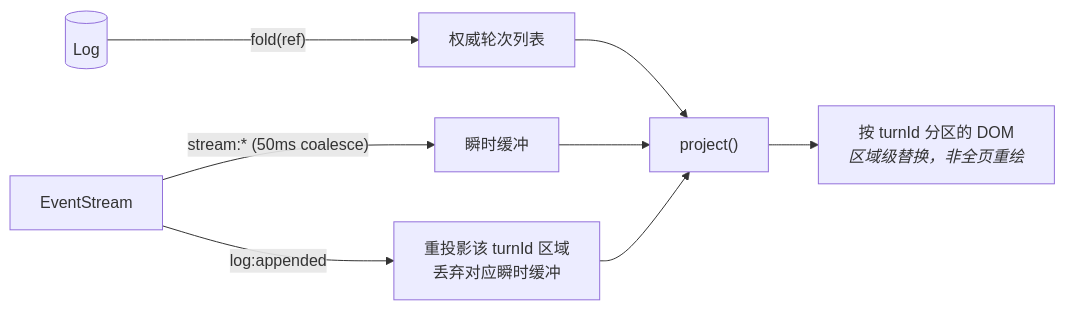
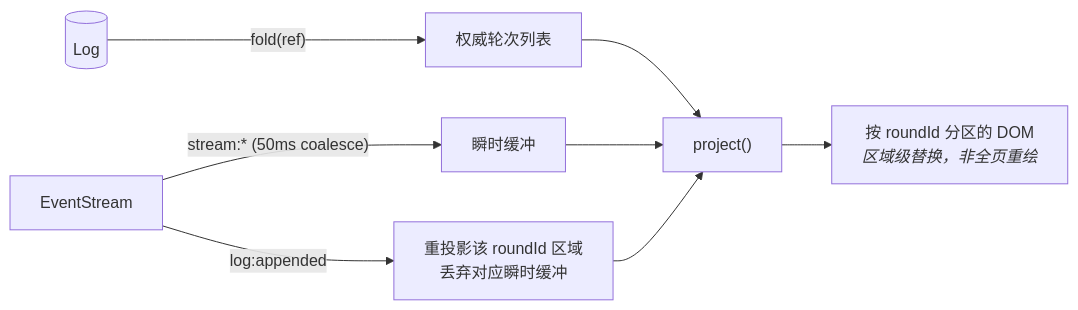
The diagram in doc/feat/llm-2/07-ui.md (mushuanli/itookit), drawn with Mermaid before and after one commit. The commit also changed other lines of this file and 74 other files, not shown here.

First line of the commit message:
refactor: rename Turn to Round across entire codebase and docs

````diff
--- a/doc/feat/llm-2/07-ui.md
+++ b/doc/feat/llm-2/07-ui.md
@@ -18,10 +18,10 @@
 ```mermaid
 flowchart LR
     Log[("Log")] -->|"fold(ref)"| Auth["权威轮次列表"]
     Events["EventStream"] -->|"stream:* (50ms coalesce)"| Trans["瞬时缓冲"]
-    Events -->|"log:appended"| Reproject["重投影该 turnId 区域<br/>丢弃对应瞬时缓冲"]
+    Events -->|"log:appended"| Reproject["重投影该 roundId 区域<br/>丢弃对应瞬时缓冲"]
     Auth --> P["project()"]
     Trans --> P
-    P --> DOM["按 turnId 分区的 DOM<br/><i>区域级替换，非全页重绘</i>"]
+    P --> DOM["按 roundId 分区的 DOM<br/><i>区域级替换，非全页重绘</i>"]
     Reproject --> P
 ```
````
